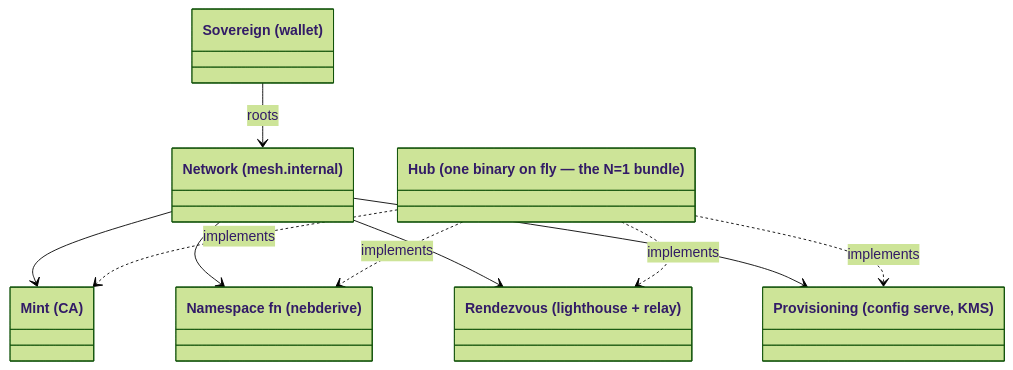
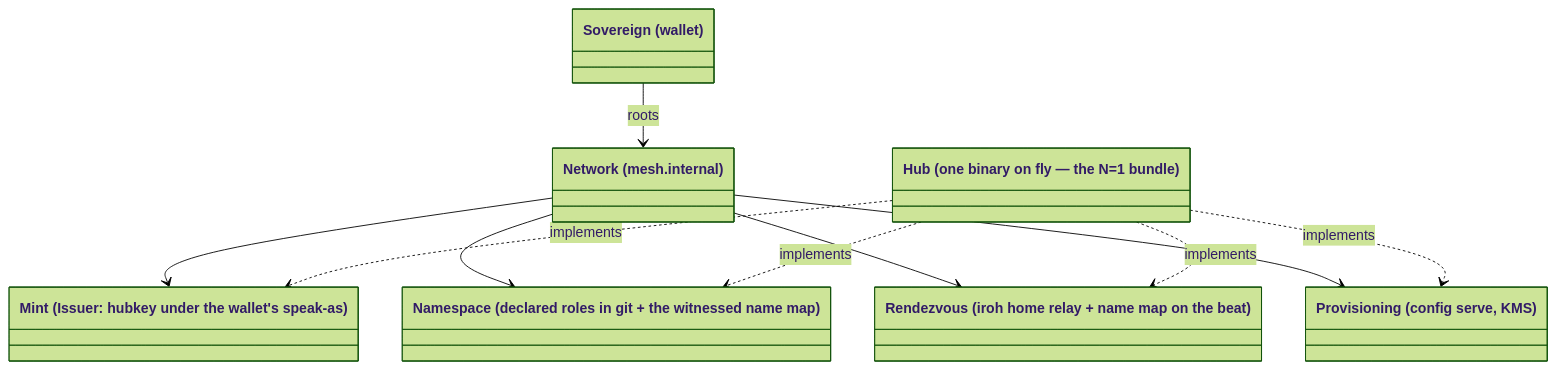
One commit to marnyg/talos-config changed the fifth of 6 diagrams in docs/desired-state/domain-model.md. Above: the diagram before and after it, drawn with Mermaid (forest theme). The commit also changed other lines of this file and 3 other files, not shown here.

Commit message:
docs: domain model synced to the nebula-free system (P4.2) — Key = Ed25519 NodeId, member cert binding, runners = one nodeagent, recipe→grants policy diagram, witnessed registration, enrollmsg v3 + name guard; goals: Mesh v2 is history, Mesh v3 at P4.2; two dangling nebstack/nebmachine comment refs

````diff
--- a/docs/desired-state/domain-model.md
+++ b/docs/desired-state/domain-model.md
@@ -299,19 +306,19 @@
 ```mermaid
 classDiagram
     class Sovereign["Sovereign (wallet)"]
     class Network["Network (mesh.internal)"]
-    class Mint["Mint (CA)"]
-    class Namespace["Namespace fn (nebderive)"]
-    class Rendezvous["Rendezvous (lighthouse + relay)"]
+    class Mint["Mint (Issuer: hubkey under the wallet's speak-as)"]
+    class Namespace["Namespace (declared roles in git + the witnessed name map)"]
+    class Rendezvous["Rendezvous (iroh home relay + name map on the beat)"]
     class Provisioning["Provisioning (config serve, KMS)"]
     class Hub["Hub (one binary on fly — the N=1 bundle)"]
     Sovereign --> Network : roots
     Network --> Mint
     Network --> Namespace
     Network --> Rendezvous
     Network --> Provisioning
     Hub ..> Mint : implements
     Hub ..> Namespace : implements
     Hub ..> Rendezvous : implements
     Hub ..> Provisioning : implements
 ```
````
